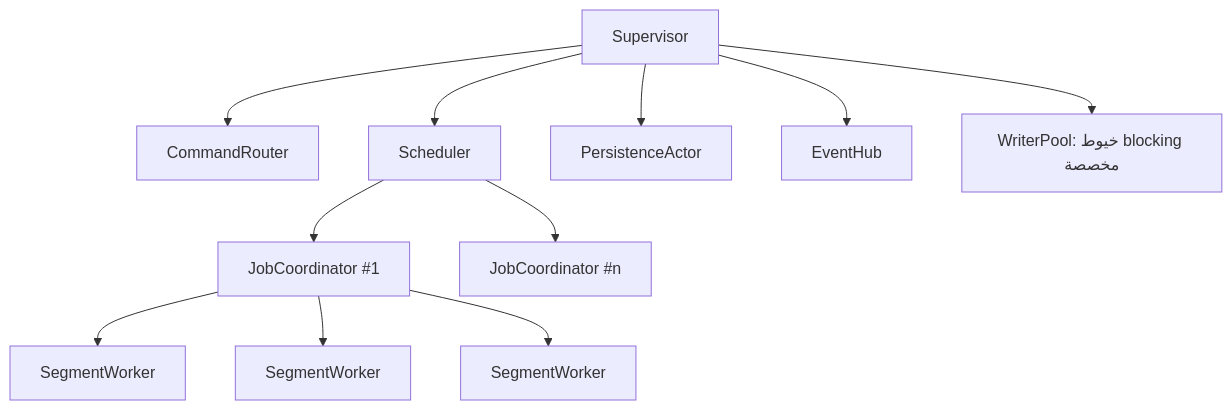
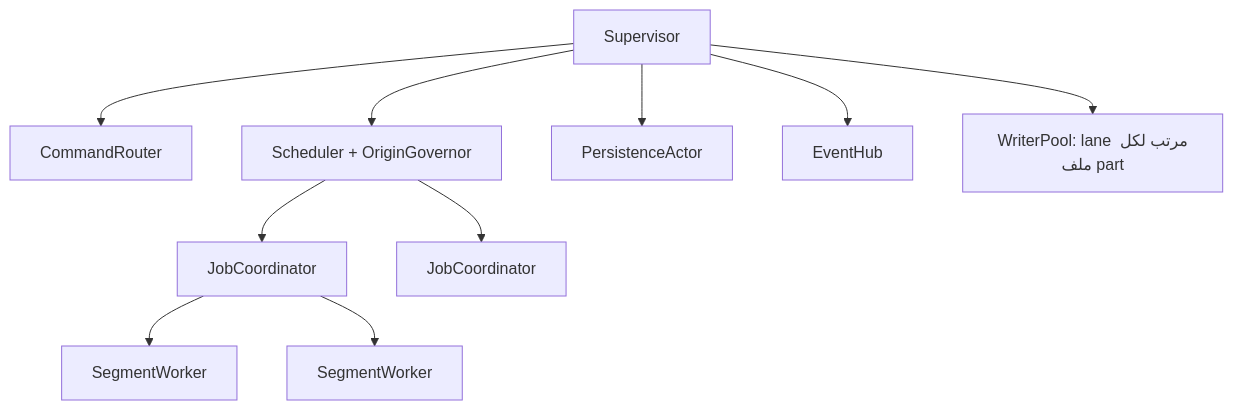
Before and after one commit to FMalki1406/FHD: the third of 4 diagrams in docs/enterprise-engine-architecture.md, drawn with Mermaid. The commit also changed other lines of this file and 6 other files, not shown here.

First line of the commit message:
Align domain state machine with reviewed architecture v4

````diff
--- a/docs/enterprise-engine-architecture.md
+++ b/docs/enterprise-engine-architecture.md
@@ -212,13 +234,12 @@
 ```mermaid
 flowchart TD
   SUP[Supervisor] --> CMD[CommandRouter]
-  SUP --> SCH[Scheduler]
+  SUP --> SCH[Scheduler + OriginGovernor]
   SUP --> PER[PersistenceActor]
   SUP --> HUB[EventHub]
-  SUP --> WP[WriterPool: خيوط blocking مخصصة]
-  SCH --> JC1[JobCoordinator #1]
-  SCH --> JC2[JobCoordinator #n]
+  SUP --> WP[WriterPool: lane مرتب لكل ملف part]
+  SCH --> JC1[JobCoordinator]
+  SCH --> JC2[JobCoordinator]
   JC1 --> W1[SegmentWorker]
   JC1 --> W2[SegmentWorker]
-  JC1 --> W3[SegmentWorker]
 ```
````
